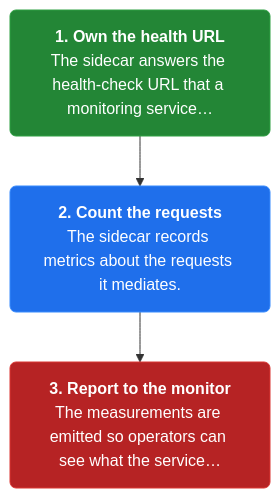
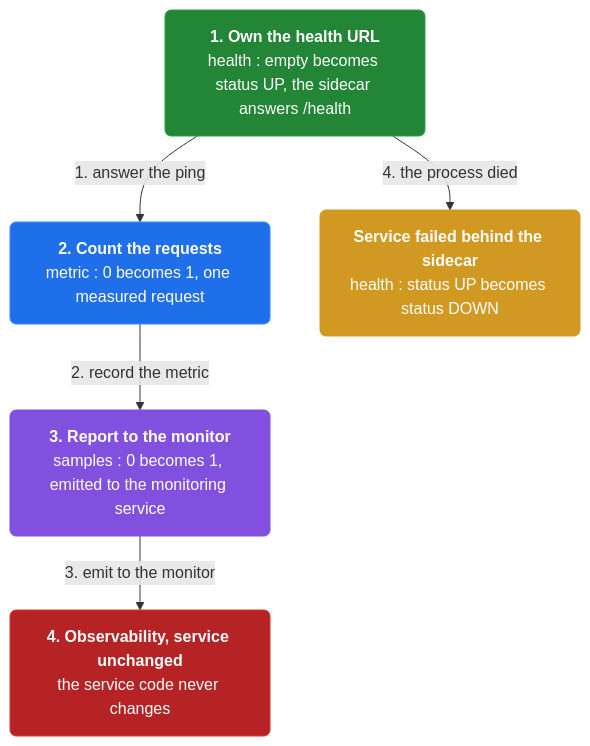
Before and after one commit to vinayakuber/microservices-io-study-guide: the third of 4 diagrams in docs/ch42-sidecar.md, drawn with Mermaid. The commit also changed other lines of this file and 46 other files, not shown here.

First line of the commit message:
Author rich branching flow diagrams for all 44 chapters

````diff
--- a/docs/ch42-sidecar.md
+++ b/docs/ch42-sidecar.md
@@ -87,11 +99,17 @@
 ```mermaid
 flowchart TD
-  classDef step fill:#1f6feb,color:#ffffff,stroke:#388bfd,stroke-width:1px,rx:6
+  classDef step fill:#1f6feb,color:#ffffff,stroke:#388bfd,rx:6
+  classDef core fill:#8250df,color:#ffffff,stroke:#8250df,rx:6
+  classDef warn fill:#d29922,color:#ffffff,stroke:#d29922,rx:6
   classDef start fill:#238636,color:#ffffff,stroke:#2ea043,rx:6
   classDef stop fill:#b62324,color:#ffffff,stroke:#da3633,rx:6
-  s2n0["<b>1. Own the health URL</b><br/>The sidecar answers the health-check URL that a monitoring service…"]:::start
-  s2n1["<b>2. Count the requests</b><br/>The sidecar records metrics about the requests it mediates."]:::step
-  s2n2["<b>3. Report to the monitor</b><br/>The measurements are emitted so operators can see what the service…"]:::stop
-  s2n0 --> s2n1
-  s2n1 --> s2n2
+  n0["<b>1. Own the health URL</b><br/>health : empty becomes status UP, the sidecar answers /health"]:::start
+  n1["<b>2. Count the requests</b><br/>metric : 0 becomes 1, one measured request"]:::step
+  n2["<b>3. Report to the monitor</b><br/>samples : 0 becomes 1, emitted to the monitoring service"]:::core
+  n3["<b>4. Observability, service unchanged</b><br/>the service code never changes"]:::stop
+  n4["<b>Service failed behind the sidecar</b><br/>health : status UP becomes status DOWN"]:::warn
+  n0 -->|"1. answer the ping"| n1
+  n1 -->|"2. record the metric"| n2
+  n2 -->|"3. emit to the monitor"| n3
+  n0 -->|"4. the process died"| n4
 ```
````
